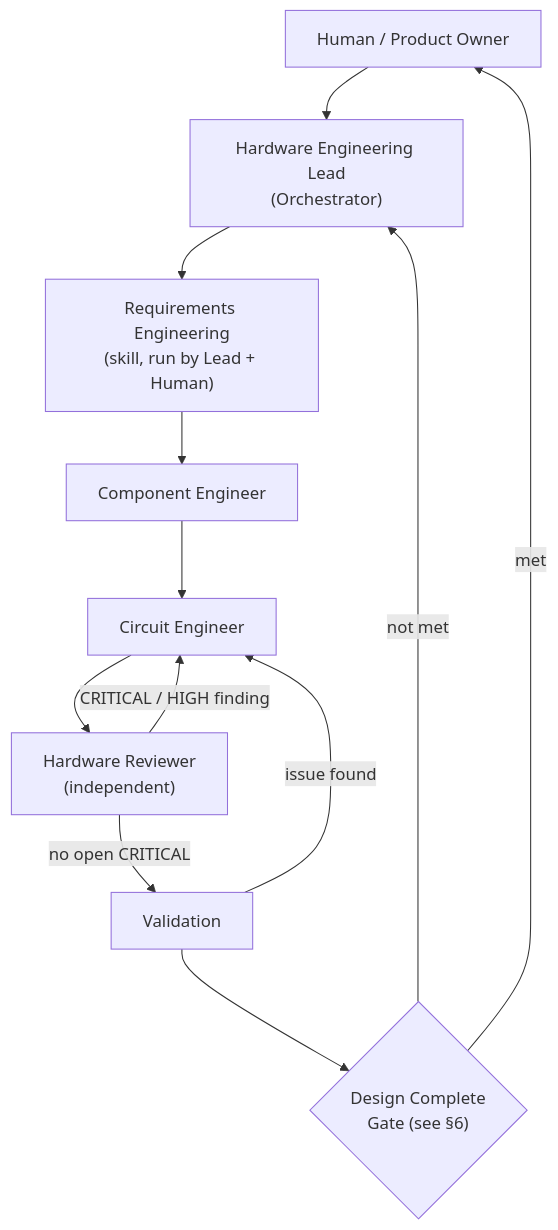
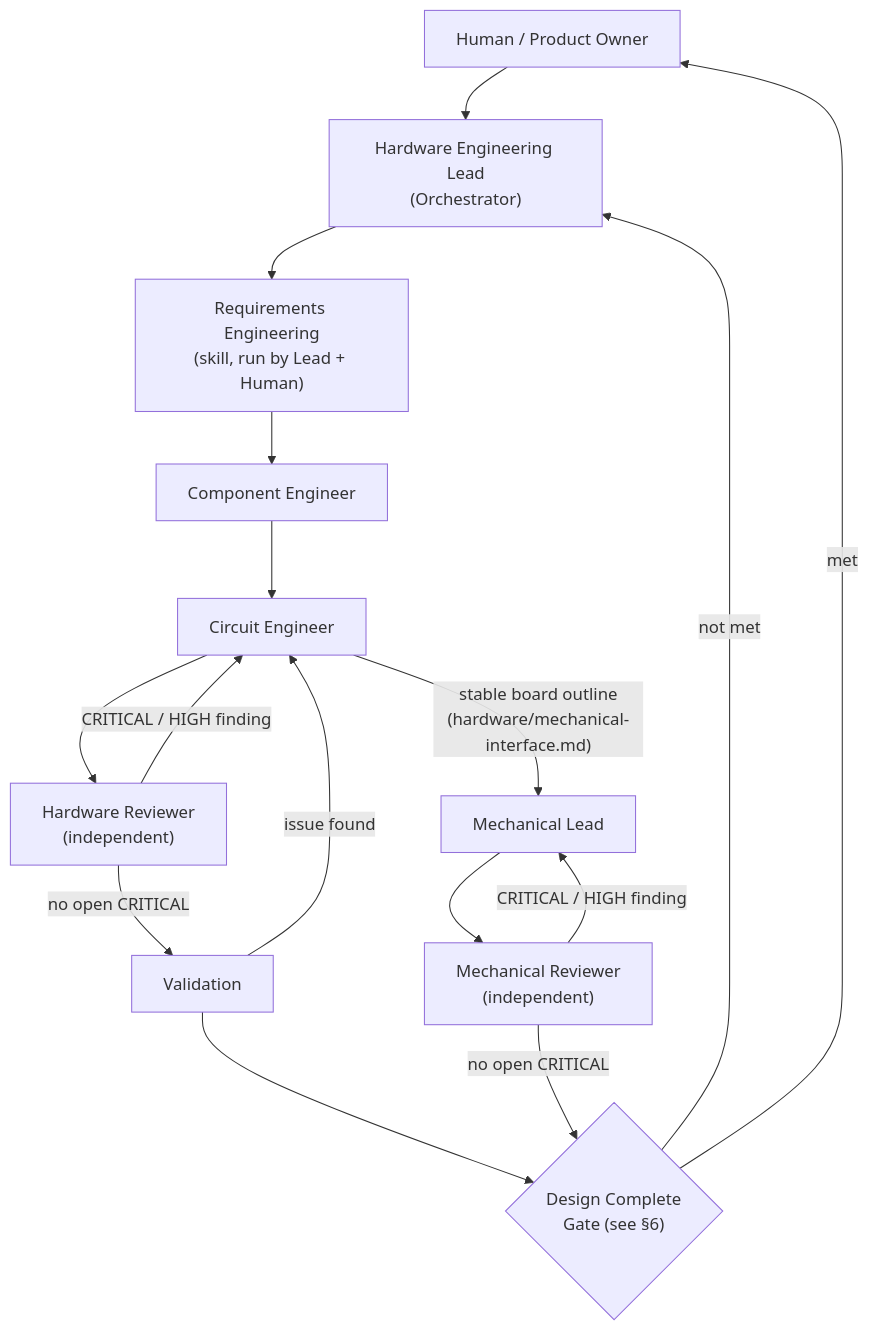
The diagram in docs/architecture.md (ktanino10/ai-hardware-engineering-team), drawn with Mermaid before and after one commit. The commit also changed other lines of this file and 17 other files, not shown here.

````diff
--- a/docs/architecture.md
+++ b/docs/architecture.md
@@ -27,14 +27,18 @@
 ```mermaid
 flowchart TD
     H["Human / Product Owner"] --> L["Hardware Engineering Lead\n(Orchestrator)"]
     L --> RE["Requirements Engineering\n(skill, run by Lead + Human)"]
     RE --> CE["Component Engineer"]
     CE --> CIR["Circuit Engineer"]
     CIR --> REV["Hardware Reviewer\n(independent)"]
     REV -- "CRITICAL / HIGH finding" --> CIR
     REV -- "no open CRITICAL" --> VAL["Validation"]
     VAL -- "issue found" --> CIR
     VAL --> GATE{"Design Complete\nGate (see §6)"}
+    CIR -- "stable board outline\n(hardware/mechanical-interface.md)" --> ML["Mechanical Lead"]
+    ML --> MREV["Mechanical Reviewer\n(independent)"]
+    MREV -- "CRITICAL / HIGH finding" --> ML
+    MREV -- "no open CRITICAL" --> GATE
     GATE -- "not met" --> L
     GATE -- "met" --> H
 ```
````
